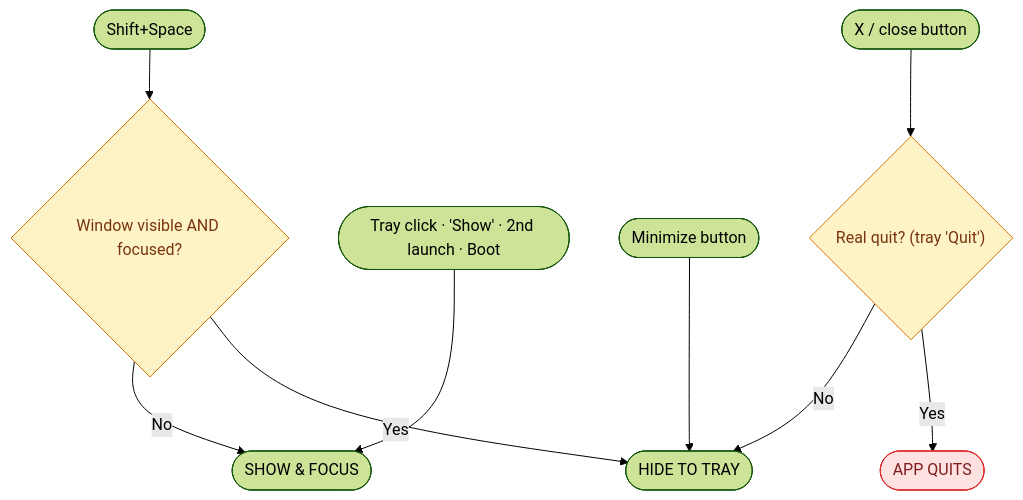
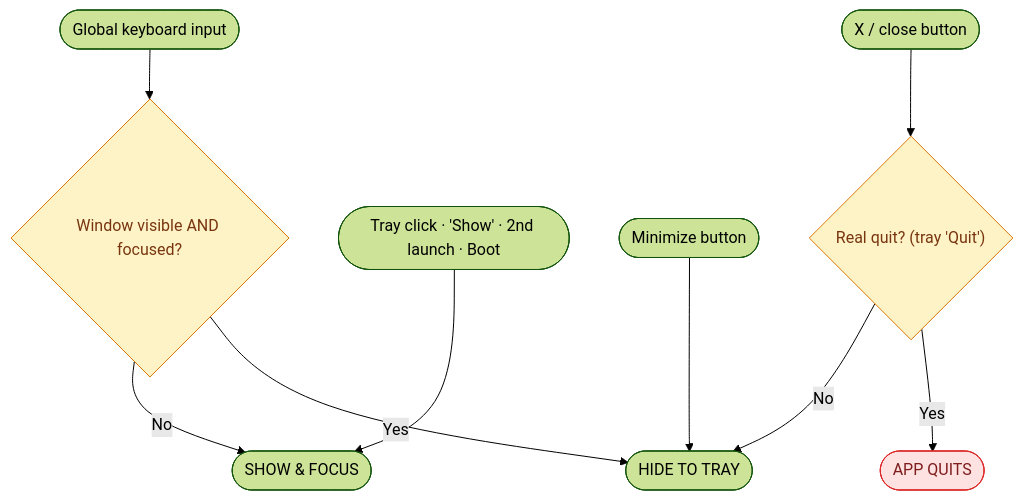
The first of 2 diagrams in docs/window-states.md (jigargosar/dyadic-editor-lite), drawn with Mermaid (forest theme) before and after one commit. The commit also changed other lines of this file and 2 other files, not shown here.

Commit message:
Replace Shift+Space global hotkey with Ctrl+Shift+Space / Ctrl+Alt+Space

````diff
--- a/docs/window-states.md
+++ b/docs/window-states.md
@@ -28,16 +28,16 @@
 ```mermaid
 flowchart TD
-  hk(["Shift+Space"]) --> d1{"Window visible AND focused?"}
+  hk(["Global keyboard input"]) --> d1{"Window visible AND focused?"}
   d1 -- Yes --> HIDE(["HIDE TO TRAY"])
   d1 -- No --> SHOW(["SHOW & FOCUS"])
   tr(["Tray click · 'Show' · 2nd launch · Boot"]) --> SHOW
   mb(["Minimize button"]) --> HIDE
   xb(["X / close button"]) --> d2{"Real quit? (tray 'Quit')"}
   d2 -- Yes --> QUIT(["APP QUITS"])
   d2 -- No --> HIDE
 
   classDef dec fill:#fef3c7,stroke:#d97706,color:#78350f;
   classDef stop fill:#fee2e2,stroke:#dc2626,color:#7f1d1d;
   class d1,d2 dec;
   class QUIT stop;
 ```
````
